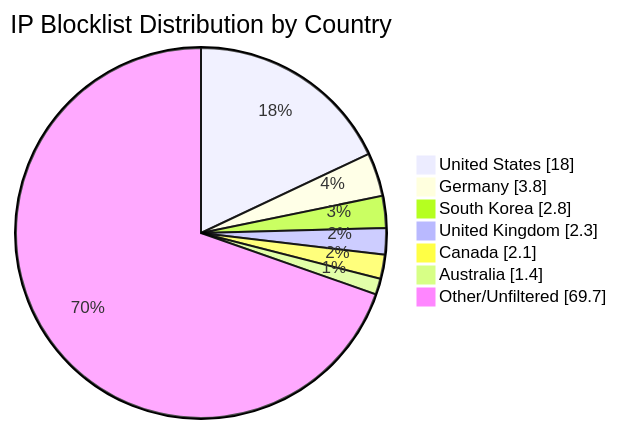
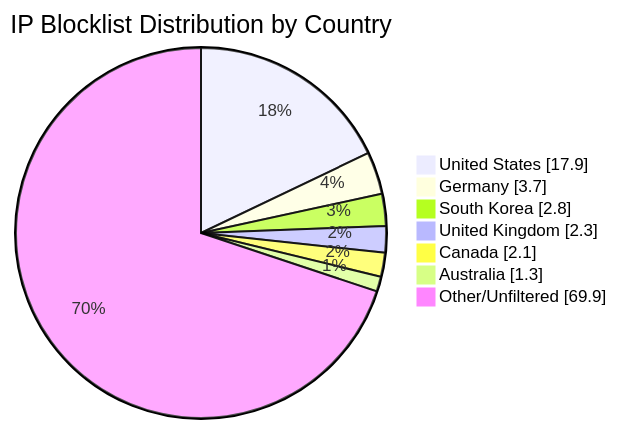
Before and after one commit to MarcusHoltz/ipblocklist-geofiltered-aggregator: the diagram in README.md, drawn with Mermaid. The commit also changed other lines of this file and 9 other files, not shown here.

````diff
--- a/README.md
+++ b/README.md
@@ -34,10 +34,10 @@
 ```mermaid
 pie showData title IP Blocklist Distribution by Country
-"United States" : 18.0
-"Germany" : 3.8
+"United States" : 17.9
+"Germany" : 3.7
 "South Korea" : 2.8
 "United Kingdom" : 2.3
 "Canada" : 2.1
-"Australia" : 1.4
-"Other/Unfiltered" : 69.7
+"Australia" : 1.3
+"Other/Unfiltered" : 69.9
 ```
````
